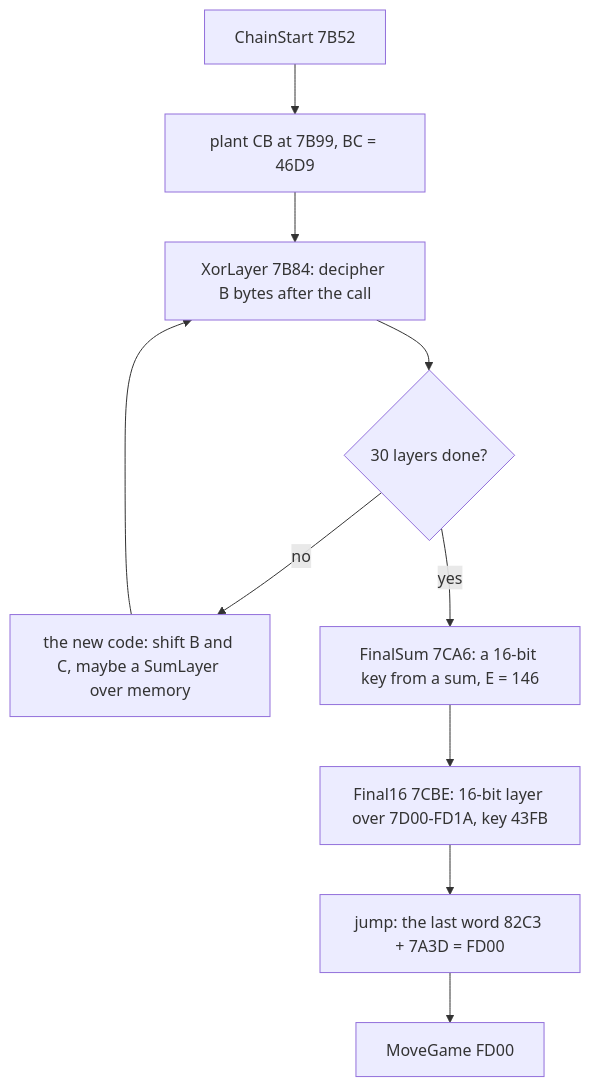
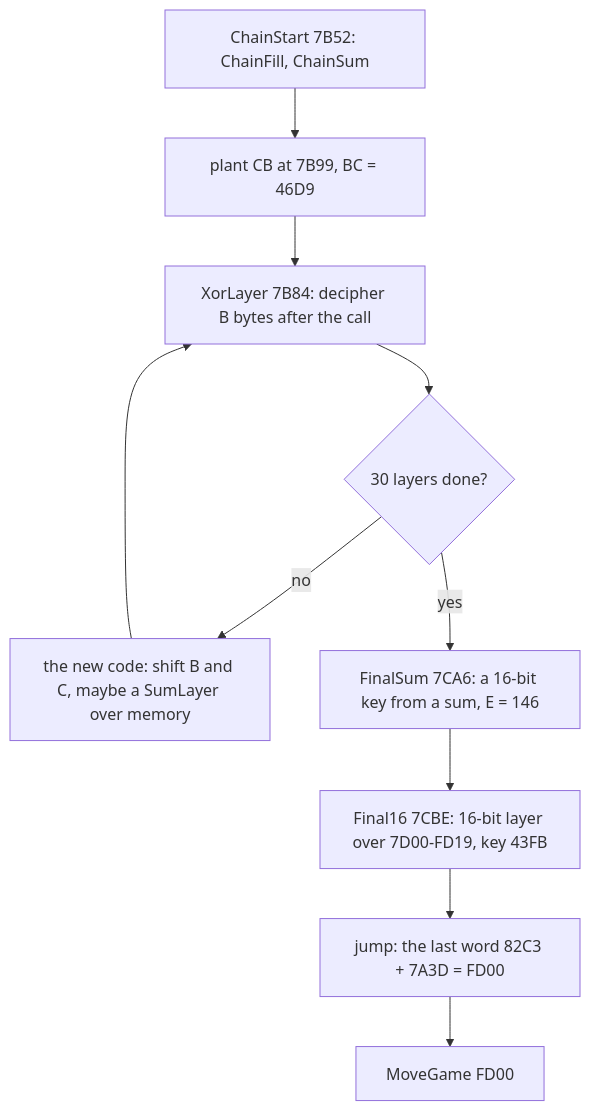
The sixth of 7 diagrams in games/deflektor/docs/03-build-and-load.md (alfishe/unrealng-reverse-cases), drawn with Mermaid before and after one commit. The commit also changed other lines of this file and 34 other files, not shown here.

````diff
--- a/games/deflektor/docs/03-build-and-load.md
+++ b/games/deflektor/docs/03-build-and-load.md
@@ -244,12 +549,12 @@
 ```mermaid
 flowchart TD
-    A[ChainStart 7B52] --> B[plant CB at 7B99, BC = 46D9]
+    A[ChainStart 7B52: ChainFill, ChainSum] --> B[plant CB at 7B99, BC = 46D9]
     B --> C[XorLayer 7B84: decipher B bytes after the call]
     C --> D{30 layers done?}
     D -->|no| E[the new code: shift B and C, maybe a SumLayer over memory]
     E --> C
     D -->|yes| F[FinalSum 7CA6: a 16-bit key from a sum, E = 146]
-    F --> G[Final16 7CBE: 16-bit layer over 7D00-FD1A, key 43FB]
+    F --> G[Final16 7CBE: 16-bit layer over 7D00-FD19, key 43FB]
     G --> H[jump: the last word 82C3 + 7A3D = FD00]
     H --> I[MoveGame FD00]
 ```
````
